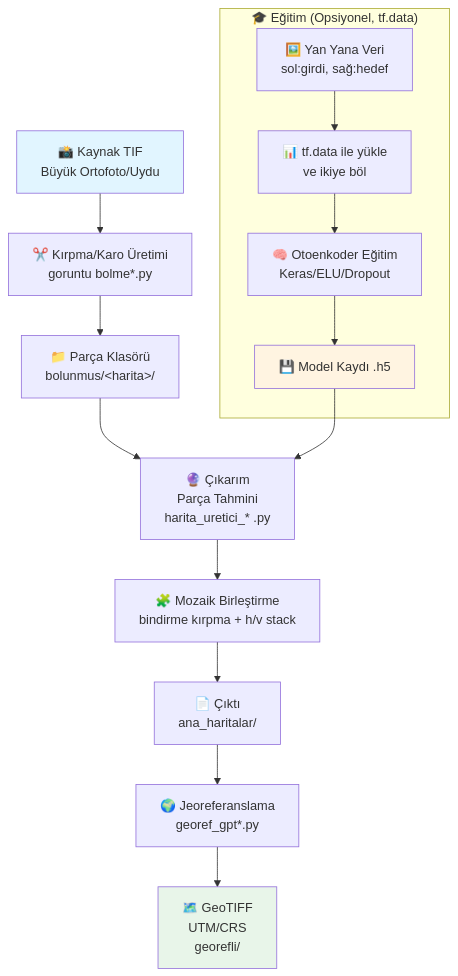
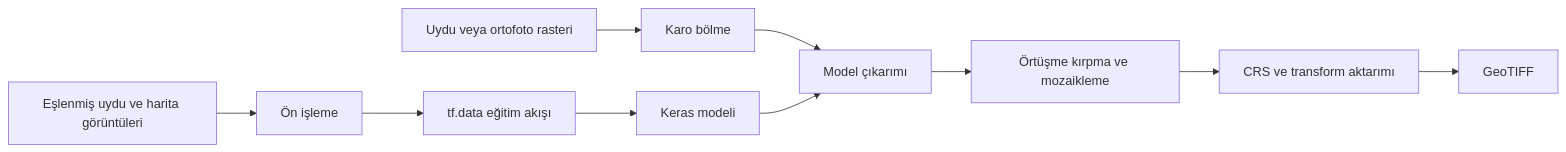
One commit to elestirmen/autoencoder_sat_to_map changed the diagram in README.md. Above: the diagram before and after it, drawn with Mermaid. The commit also changed other lines of this file, not shown here.

````diff
--- a/README.md
+++ b/README.md
@@ -361,22 +65,12 @@
 ```mermaid
-flowchart TD
-    A[📸 Kaynak TIF<br/>Büyük Ortofoto/Uydu] --> B[✂️ Kırpma/Karo Üretimi<br/>goruntu bolme*.py]
-    B --> C[📁 Parça Klasörü<br/>bolunmus/&lt;harita&gt;/]
-    
-    subgraph Eğitim["🎓 Eğitim (Opsiyonel, tf.data)"]
-        D1[🖼️ Yan Yana Veri<br/>sol:girdi, sağ:hedef] --> D2[📊 tf.data ile yükle<br/>ve ikiye böl]
-        D2 --> D3[🧠 Otoenkoder Eğitim<br/>Keras/ELU/Dropout]
-        D3 --> D4[💾 Model Kaydı .h5]
-    end
-    
-    C --> E[🔮 Çıkarım<br/>Parça Tahmini<br/>harita_uretici_* .py]
-    D4 --> E
-    E --> F[🧩 Mozaik Birleştirme<br/>bindirme kırpma + h/v stack]
-    F --> G[📄 Çıktı<br/>ana_haritalar/]
-    G --> H[🌍 Jeoreferanslama<br/>georef_gpt*.py]
-    H --> I[🗺️ GeoTIFF<br/>UTM/CRS<br/>georefli/]
-    
-    style A fill:#e1f5ff
-    style D4 fill:#fff4e1
-    style I fill:#e8f5e9
+flowchart LR
+    A[Uydu veya ortofoto rasteri] --> B[Karo bölme]
+    B --> C[Model çıkarımı]
+    C --> D[Örtüşme kırpma ve mozaikleme]
+    D --> E[CRS ve transform aktarımı]
+    E --> F[GeoTIFF]
+    G[Eşlenmiş uydu ve harita görüntüleri] --> H[Ön işleme]
+    H --> I[tf.data eğitim akışı]
+    I --> J[Keras modeli]
+    J --> C
 ```
````
